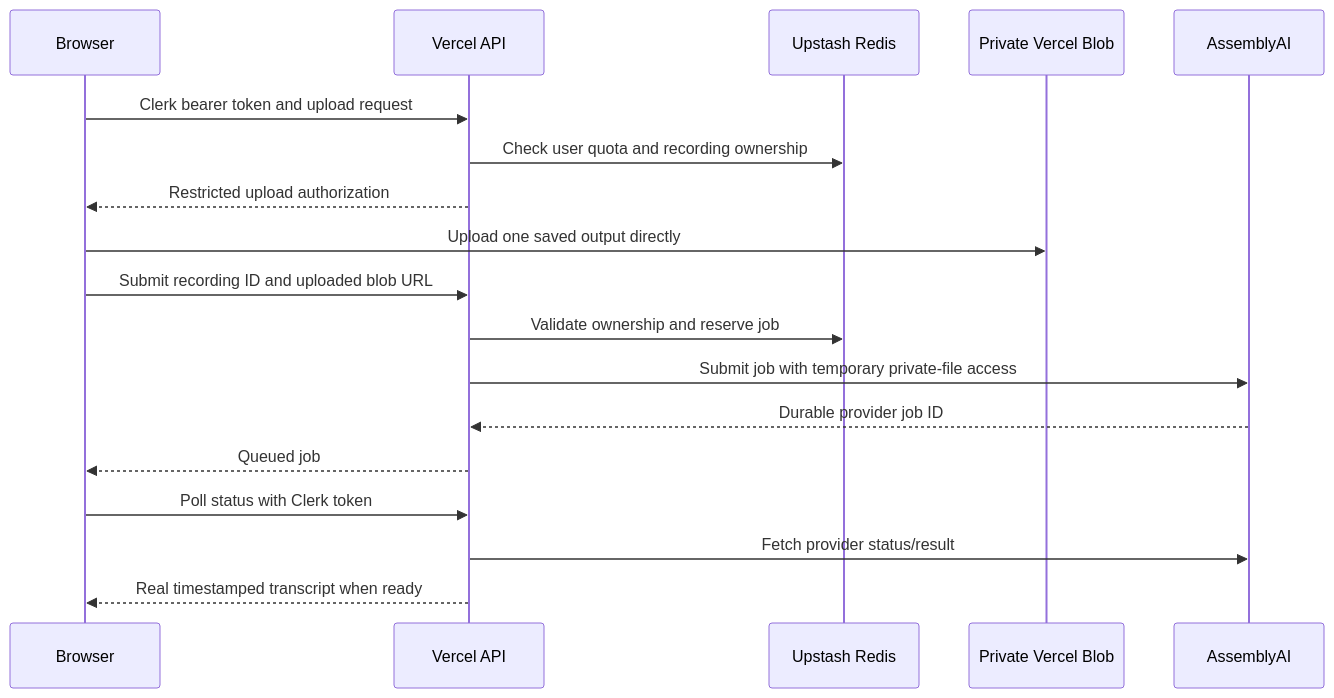
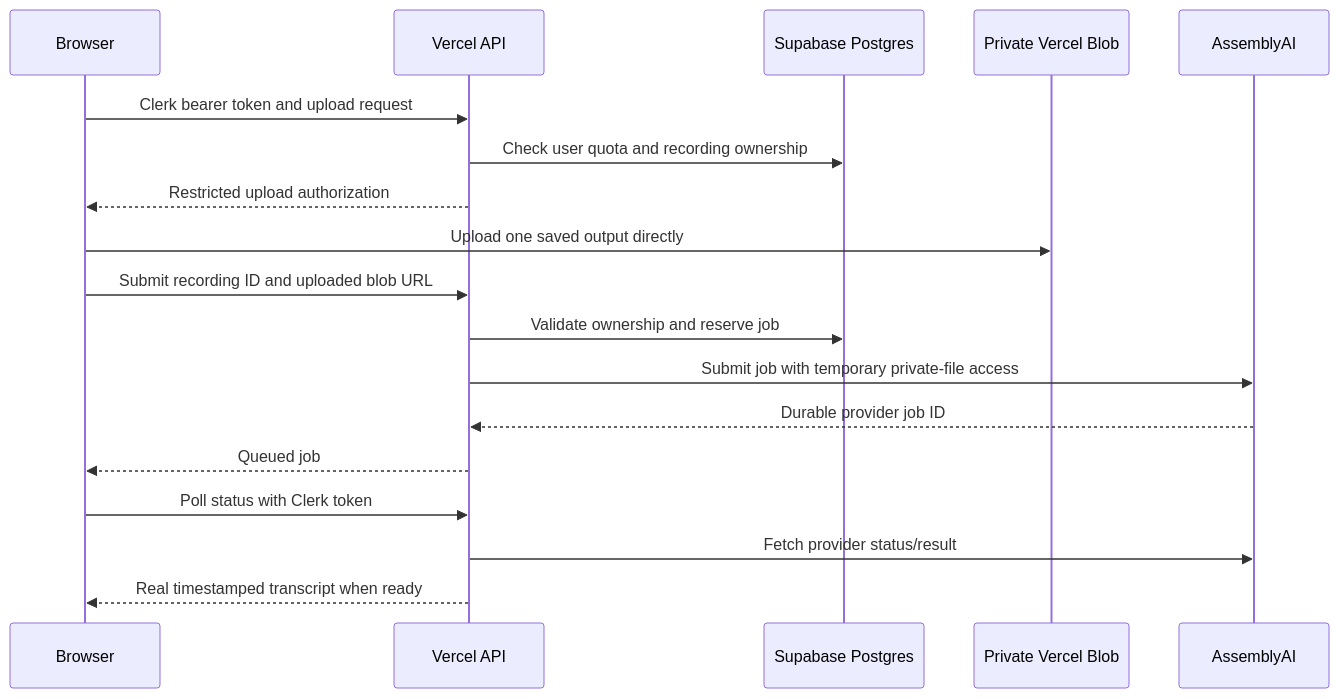
One commit to felipebarreiros/grava-simples changed the diagram in docs/VERCEL_TRANSCRIPTION.md. Above: the diagram before and after it, drawn with Mermaid. The commit also changed other lines of this file and 54 other files, not shown here.

Commit message:
Add private cloud recording backups with Supabase RLS and bounded local cache

````diff
--- a/docs/VERCEL_TRANSCRIPTION.md
+++ b/docs/VERCEL_TRANSCRIPTION.md
@@ -37,20 +37,20 @@
 ```mermaid
 sequenceDiagram
     participant Browser
     participant API as Vercel API
-    participant Redis as Upstash Redis
+    participant DB as Supabase Postgres
     participant Blob as Private Vercel Blob
     participant ASR as AssemblyAI
     Browser->>API: Clerk bearer token and upload request
-    API->>Redis: Check user quota and recording ownership
+    API->>DB: Check user quota and recording ownership
     API-->>Browser: Restricted upload authorization
     Browser->>Blob: Upload one saved output directly
     Browser->>API: Submit recording ID and uploaded blob URL
-    API->>Redis: Validate ownership and reserve job
+    API->>DB: Validate ownership and reserve job
     API->>ASR: Submit job with temporary private-file access
     ASR-->>API: Durable provider job ID
     API-->>Browser: Queued job
     Browser->>API: Poll status with Clerk token
     API->>ASR: Fetch provider status/result
     API-->>Browser: Real timestamped transcript when ready
 ```
````
